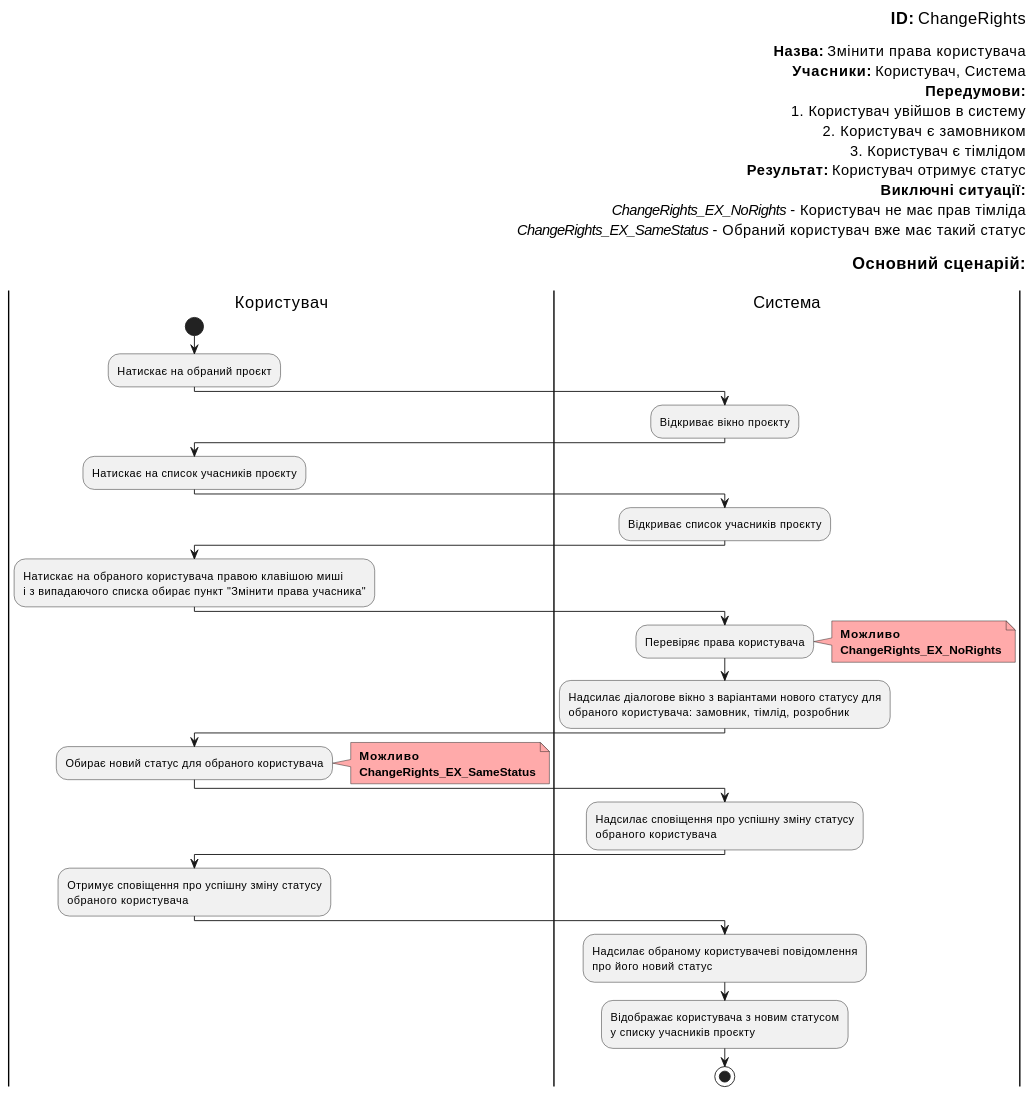
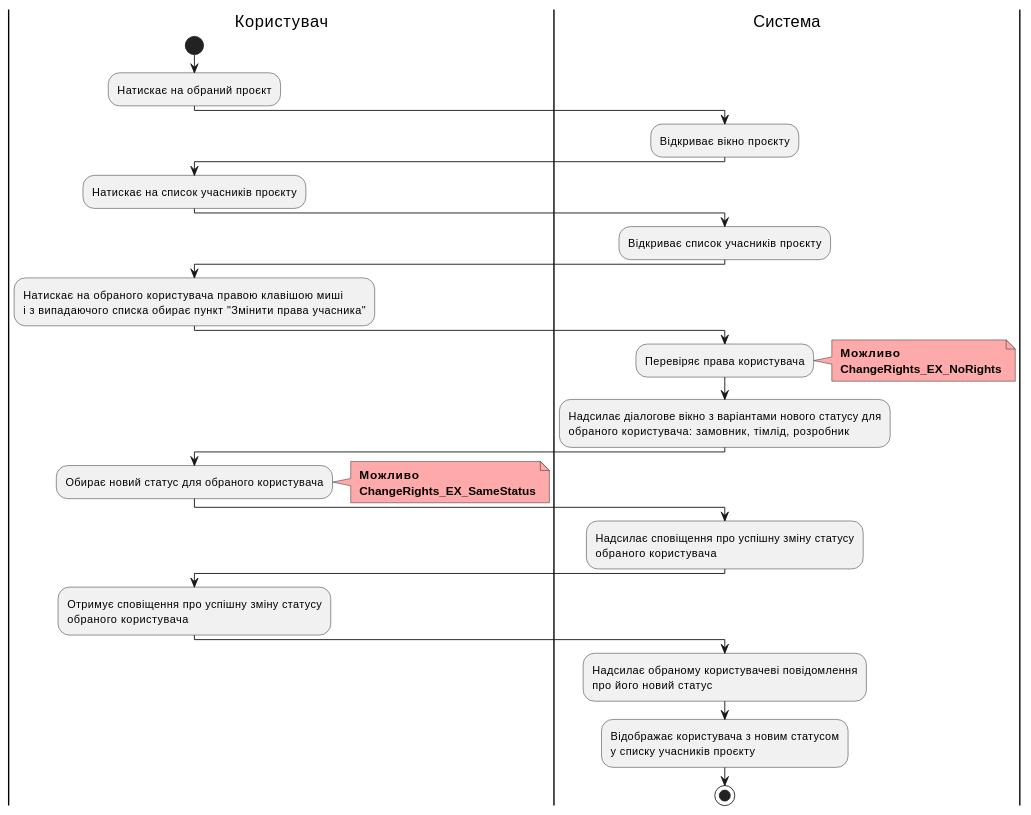
One commit to boldak/edu-db-cw changed diagram 18 of 19 in docs/use cases/README.md. Above: the diagram before and after it, drawn with PlantUML. The commit also changed other lines of this file, not shown here.

```diff
--- a/docs/use cases/README.md
+++ b/docs/use cases/README.md
@@ -1177,71 +1247,53 @@
 @startuml
-
-    right header        
-        <font color=000 size=18><b>ID:</b> ChangeRights
-
-        <font color=000 size=16><b>Назва:</b> Змінити права користувача
-        <font color=000 size=16><b>Учасники:</b> Користувач, Система
-        <font color=000 size=16><b>Передумови:</b> 
-        <font color=000 size=16> 1. Користувач увійшов в систему
-        <font color=000 size=16> 2. Користувач є замовником
-        <font color=000 size=16> 3. Користувач є тімлідом
-        <font color=000 size=16><b>Результат:</b> Користувач отримує статус
-        <font color=000 size=16><b>Виключні ситуації:</b>
-        <font color=000 size=16> <i>ChangeRights_EX_NoRights</i> - Користувач не має прав тімліда
-        <font color=000 size=16> <i>ChangeRights_EX_SameStatus</i> - Обраний користувач вже має такий статус
-        
-        <font color=000 size=18><b>Основний сценарій:</b>
-        
-    end header
     
     |Користувач|
         start;
         :Натискає на обраний проєкт;
 
     |Система|
         :Відкриває вікно проєкту;
 
     |Користувач|
         :Натискає на список учасників проєкту;
 
     |Система|
         :Відкриває список учасників проєкту;
 
     |Користувач|
         :Натискає на обраного користувача правою клавішою миші
         і з випадаючого списка обирає пункт "Змінити права учасника";
 
     |Система|
         :Перевіряє права користувача;
         note right #ffaaaa
         <b> Можливо
         <b> ChangeRights_EX_NoRights
         end note
 
         :Надсилає діалогове вікно з варіантами нового статусу для 
         обраного користувача: замовник, тімлід, розробник;
 
     |Користувач|
         :Обирає новий статус для обраного користувача;
         note right #ffaaaa
         <b> Можливо
         <b> ChangeRights_EX_SameStatus
         end note
     
     |Система|
         :Надсилає сповіщення про успішну зміну статусу 
         обраного користувача;
 
     |Користувач|
         :Отримує сповіщення про успішну зміну статусу 
         обраного користувача;
 
     |Система|    
         :Надсилає обраному користувачеві повідомлення
         про його новий статус;
 
     |Система|
         :Відображає користувача з новим статусом 
         у списку учасників проєкту;
         stop;
 @enduml
```
